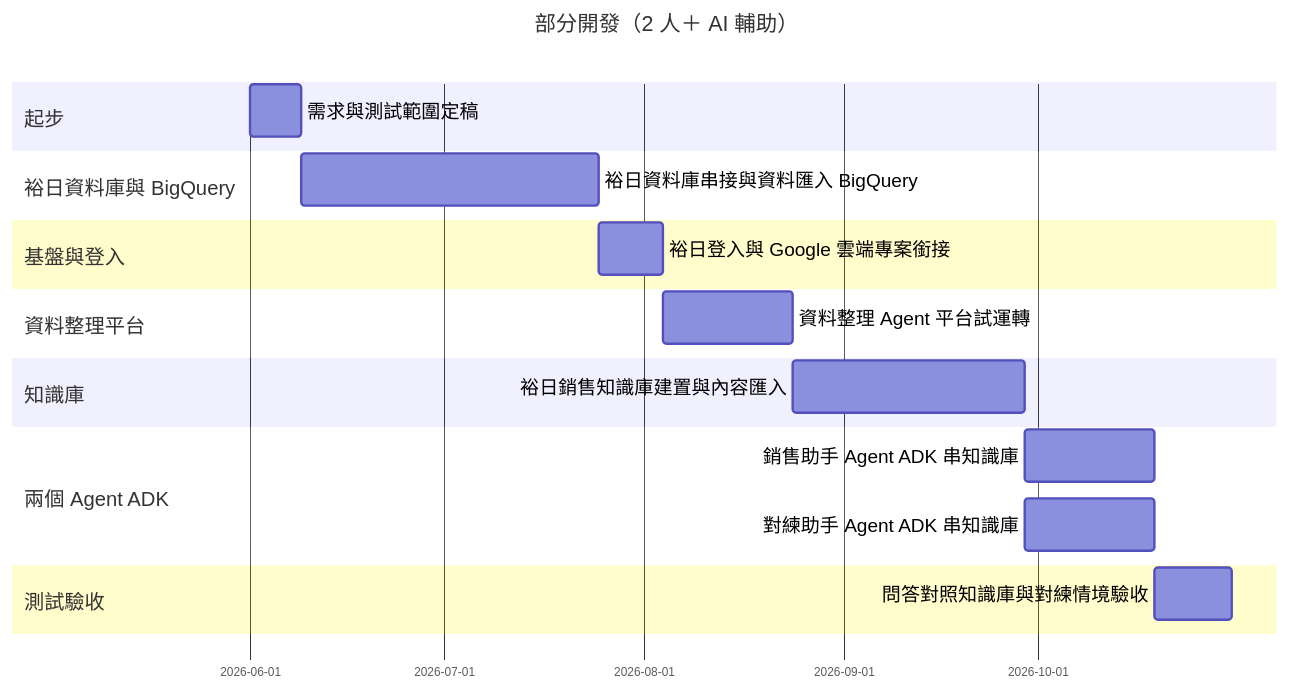
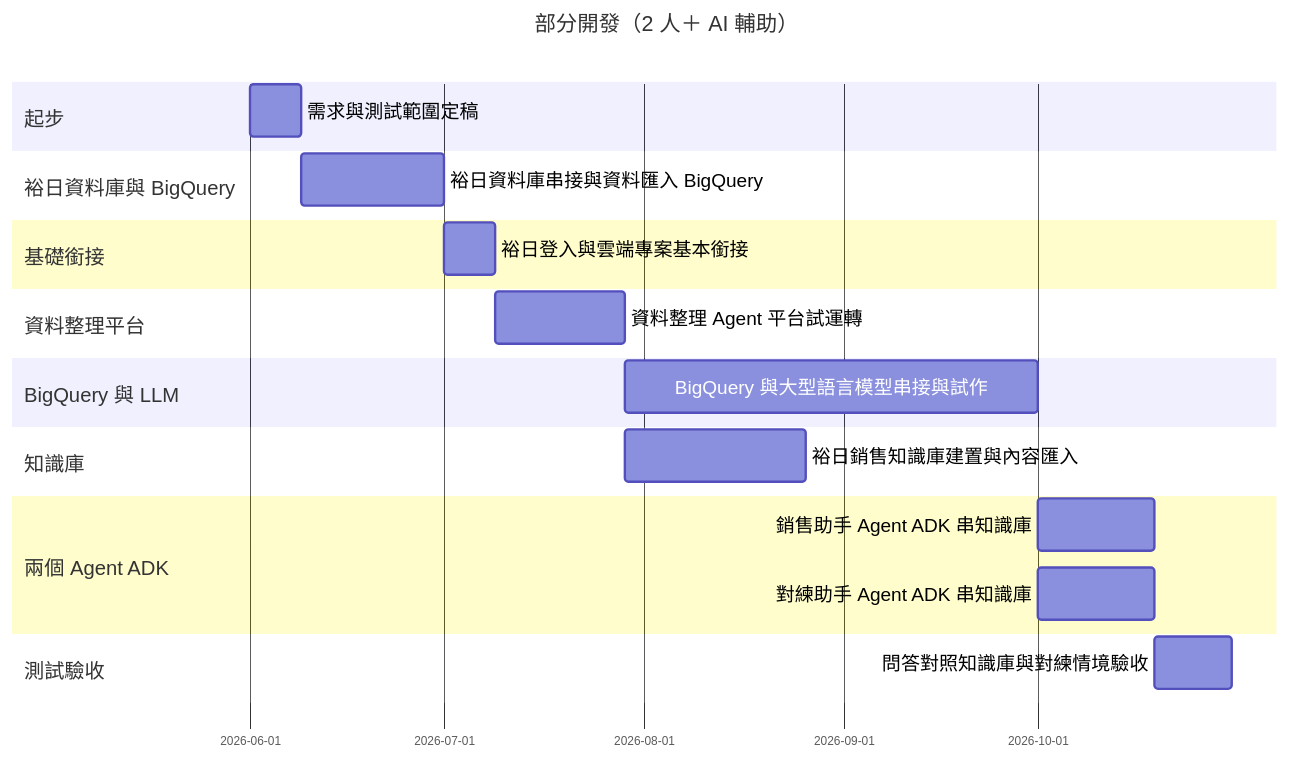
The second of 2 diagrams in PROJECT_SCOPE_SALES_TRAINING.md (humtersiso/YNM_Sales_AI_Coach), drawn with Mermaid before and after one commit. The commit also changed other lines of this file, not shown here.

Commit message:
Scope v0.13: 甘特主軸改為 BQ 對接 LLM、縮短登入與 DB 匯入

````diff
--- a/PROJECT_SCOPE_SALES_TRAINING.md
+++ b/PROJECT_SCOPE_SALES_TRAINING.md
@@ -159,21 +160,23 @@
 ```mermaid
 %%{init: { "gantt": { "barHeight": 44, "barGap": 14, "fontSize": 16, "sectionFontSize": 17, "topPadding": 70, "leftPadding": 200, "gridLineStartPadding": 50 } } }%%
 gantt
 title 部分開發（2 人＋ AI 輔助）
 dateFormat YYYY-MM-DD
 section 起步
 需求與測試範圍定稿 :v0, 2026-06-01, 8d
 section 裕日資料庫與 BigQuery
-裕日資料庫串接與資料匯入 BigQuery :vdb, after v0, 46d
-section 基盤與登入
-裕日登入與 Google 雲端專案銜接 :v1, after vdb, 10d
+裕日資料庫串接與資料匯入 BigQuery :vdb, after v0, 22d
+section 基礎銜接
+裕日登入與雲端專案基本銜接 :v1, after vdb, 8d
 section 資料整理平台
 資料整理 Agent 平台試運轉 :v2, after v1, 20d
+section BigQuery 與 LLM
+BigQuery 與大型語言模型串接與試作 :vll, after v2, 64d
 section 知識庫
-裕日銷售知識庫建置與內容匯入 :v3, after v2, 36d
+裕日銷售知識庫建置與內容匯入 :v3, after v2, 28d
 section 兩個 Agent ADK
-銷售助手 Agent ADK 串知識庫 :v4a, after v3, 20d
-對練助手 Agent ADK 串知識庫 :v4b, after v3, 20d
+銷售助手 Agent ADK 串知識庫 :v4a, after vll v3, 18d
+對練助手 Agent ADK 串知識庫 :v4b, after vll v3, 18d
 section 測試驗收
 問答對照知識庫與對練情境驗收 :v5, after v4a v4b, 12d
 ```
````
